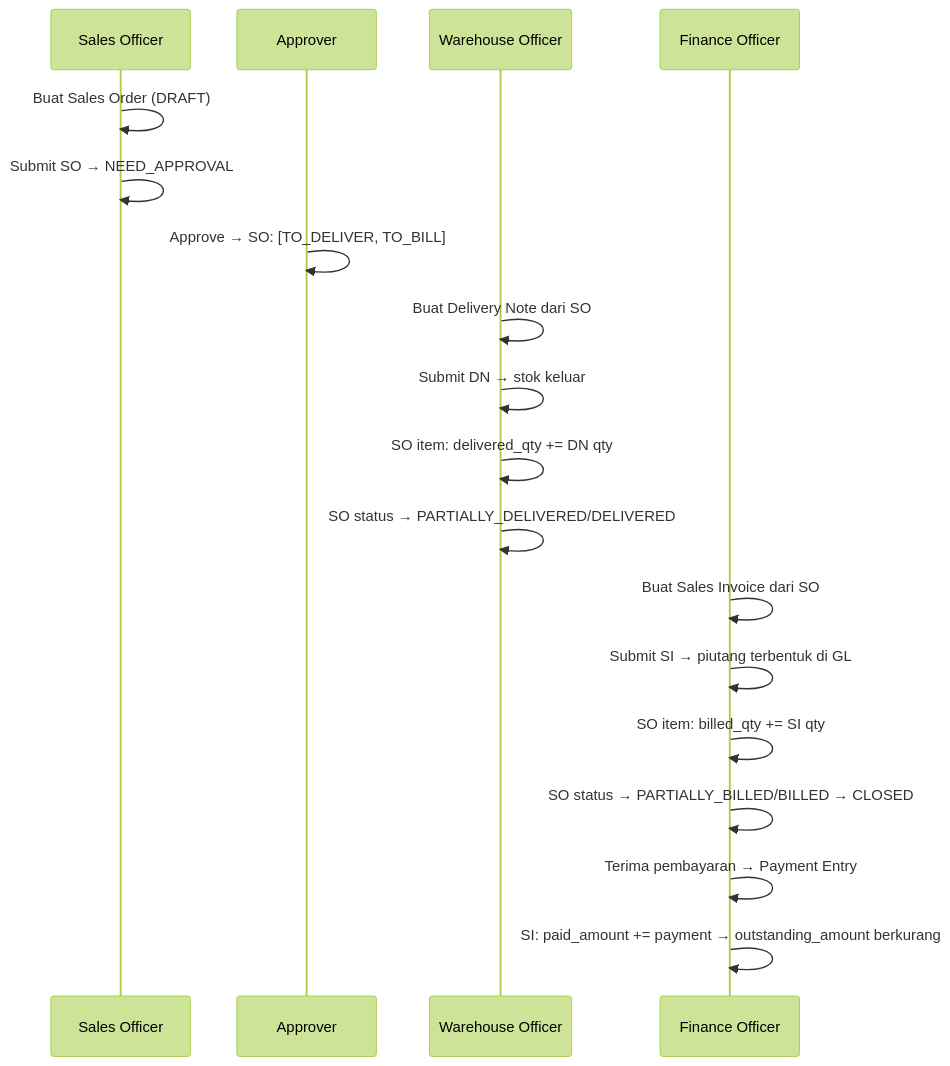
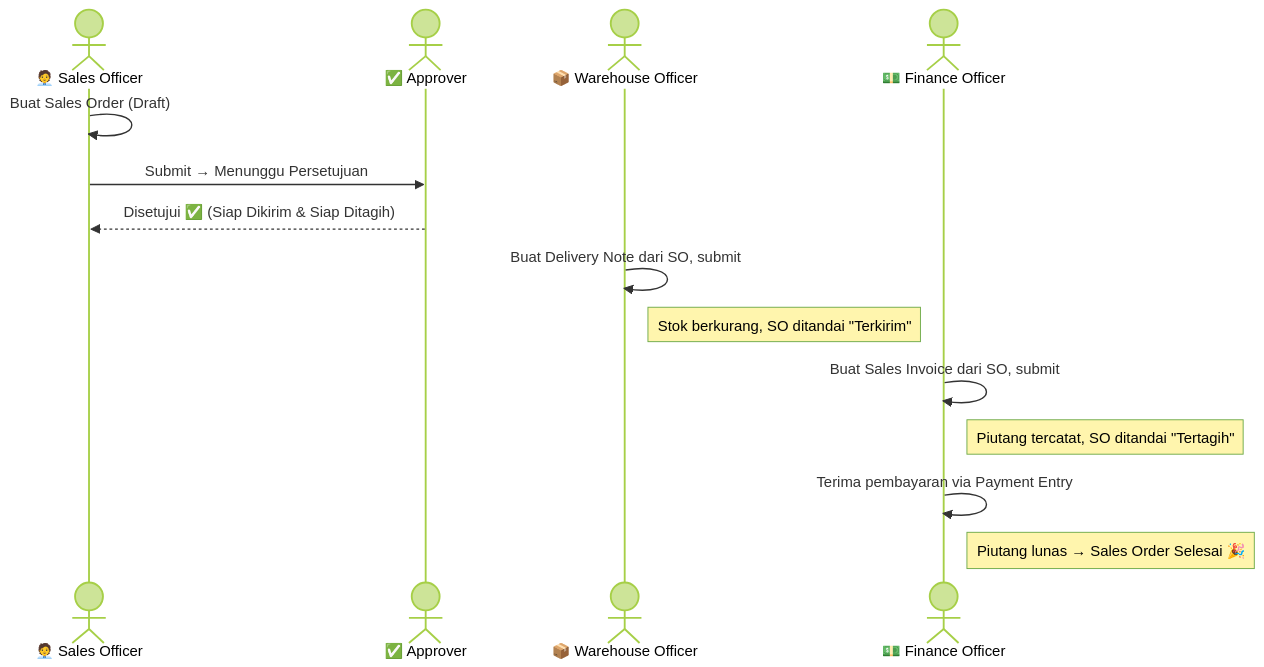
Before and after one commit to RimbunCode/erp_pataya: the fourth of 6 diagrams in docs/modules/sales.md, drawn with Mermaid (forest theme). The commit also changed other lines of this file and 14 other files, not shown here.

````diff
--- a/docs/modules/sales.md
+++ b/docs/modules/sales.md
@@ -348,21 +338,20 @@
 ```mermaid
 sequenceDiagram
-    participant S as Sales Officer
-    participant A as Approver
-    participant W as Warehouse Officer
-    participant F as Finance Officer
+    actor Sales as 🧑‍💼 Sales Officer
+    actor Approver as ✅ Approver
+    actor Gudang as 📦 Warehouse Officer
+    actor Finance as 💵 Finance Officer
 
-    S->>S: Buat Sales Order (DRAFT)
-    S->>S: Submit SO → NEED_APPROVAL
-    A->>A: Approve → SO: [TO_DELIVER, TO_BILL]
-    W->>W: Buat Delivery Note dari SO
-    W->>W: Submit DN → stok keluar
-    W->>W: SO item: delivered_qty += DN qty
-    W->>W: SO status → PARTIALLY_DELIVERED/DELIVERED
-    F->>F: Buat Sales Invoice dari SO
-    F->>F: Submit SI → piutang terbentuk di GL
-    F->>F: SO item: billed_qty += SI qty
-    F->>F: SO status → PARTIALLY_BILLED/BILLED → CLOSED
-    F->>F: Terima pembayaran → Payment Entry
-    F->>F: SI: paid_amount += payment → outstanding_amount berkurang
+    Sales->>Sales: Buat Sales Order (Draft)
+    Sales->>Approver: Submit → Menunggu Persetujuan
+    Approver-->>Sales: Disetujui ✅ (Siap Dikirim & Siap Ditagih)
+
+    Gudang->>Gudang: Buat Delivery Note dari SO, submit
+    Note right of Gudang: Stok berkurang, SO ditandai "Terkirim"
+
+    Finance->>Finance: Buat Sales Invoice dari SO, submit
+    Note right of Finance: Piutang tercatat, SO ditandai "Tertagih"
+
+    Finance->>Finance: Terima pembayaran via Payment Entry
+    Note right of Finance: Piutang lunas → Sales Order Selesai 🎉
 ```
````
